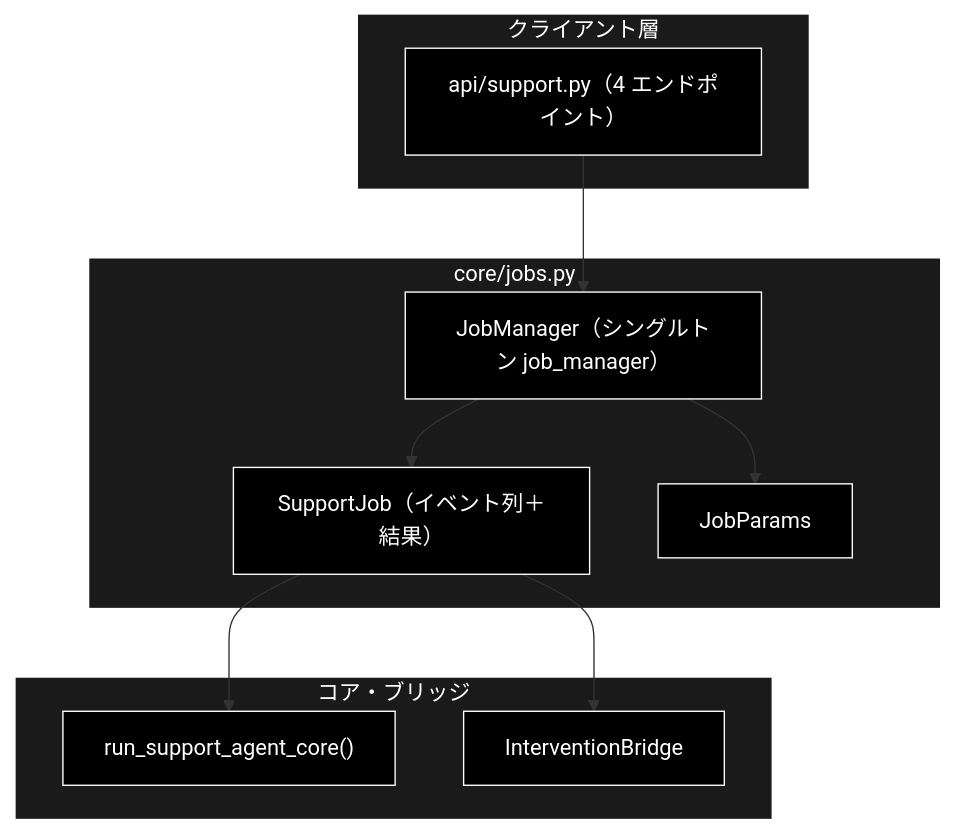
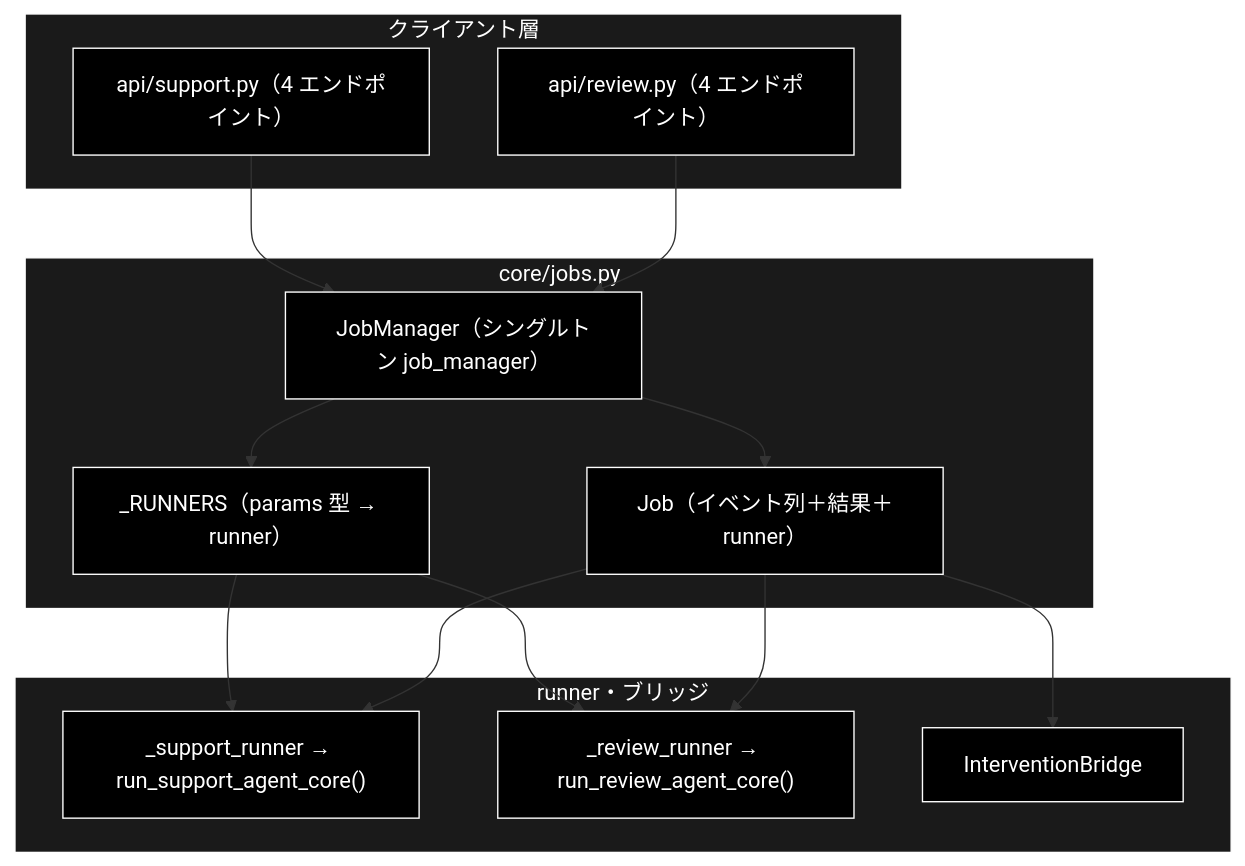
One commit to nakashima2toshio/grace_v2 changed the first of 3 diagrams in backend/docs/core_jobs.md. Above: the diagram before and after it, drawn with Mermaid. The commit also changed other lines of this file and 9 other files, not shown here.

````diff
--- a/backend/docs/core_jobs.md
+++ b/backend/docs/core_jobs.md
@@ -70,29 +97,35 @@
 ```mermaid
 flowchart TB
     subgraph CLIENT["クライアント層"]
         API["api/support.py（4 エンドポイント）"]
+        APIR["api/review.py（4 エンドポイント）"]
     end
 
     subgraph MODULE["core/jobs.py"]
         JM["JobManager（シングルトン job_manager）"]
-        SJ["SupportJob（イベント列＋結果）"]
-        JP["JobParams"]
+        JOB["Job（イベント列＋結果＋runner）"]
+        REG["_RUNNERS（params 型 → runner）"]
     end
 
-    subgraph CORE["コア・ブリッジ"]
-        AGENT["run_support_agent_core()"]
+    subgraph CORE["runner・ブリッジ"]
+        SR["_support_runner → run_support_agent_core()"]
+        RR["_review_runner → run_review_agent_core()"]
         BRIDGE["InterventionBridge"]
     end
 
     API --> JM
-    JM --> SJ
-    JM --> JP
-    SJ --> AGENT
-    SJ --> BRIDGE
+    APIR --> JM
+    JM --> REG
+    JM --> JOB
+    REG --> SR
+    REG --> RR
+    JOB --> SR
+    JOB --> RR
+    JOB --> BRIDGE
 classDef default fill:#000,stroke:#fff,color:#fff
 classDef subgraphStyle fill:#1a1a1a,stroke:#fff,color:#fff
-class API,JM,SJ,JP,AGENT,BRIDGE default
+class API,APIR,JM,JOB,REG,SR,RR,BRIDGE default
 style CLIENT fill:#1a1a1a,stroke:#fff,color:#fff
 style MODULE fill:#1a1a1a,stroke:#fff,color:#fff
 style CORE fill:#1a1a1a,stroke:#fff,color:#fff
 ```
````
